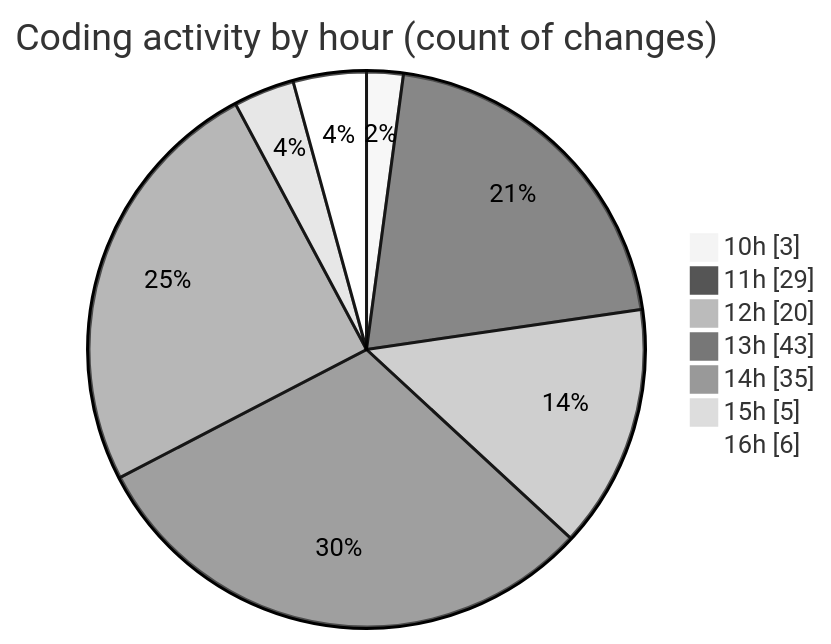
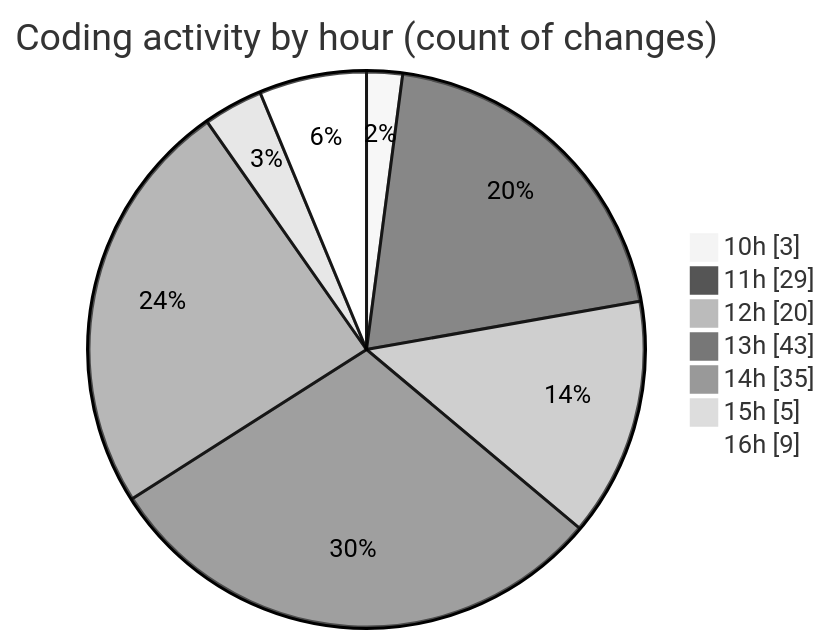
The second of 2 diagrams in 2025-08-14/ribbon/README.md (EIIisD/code-tracking), drawn with Mermaid (neutral theme) before and after one commit. The commit also changed other lines of this file and 1 other file, not shown here.

````diff
--- a/2025-08-14/ribbon/README.md
+++ b/2025-08-14/ribbon/README.md
@@ -40,11 +40,11 @@
 ```mermaid
 pie showData
 title Coding activity by hour (count of changes)
 "10h" : 3
 "11h" : 29
 "12h" : 20
 "13h" : 43
 "14h" : 35
 "15h" : 5
-"16h" : 6
+"16h" : 9
 ```
````
